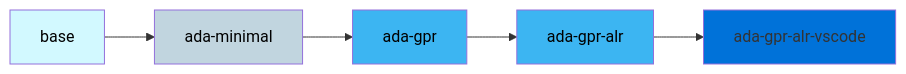
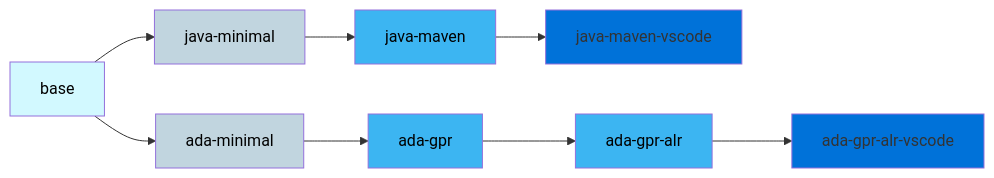
One commit to lias-laboratory/onyxia-images-dev changed the diagram in README.md. Above: the diagram before and after it, drawn with Mermaid.

````diff
--- a/README.md
+++ b/README.md
@@ -24,11 +9,19 @@
 ```mermaid
   graph LR;
+      B[base]:::base-->JAVA_MINIMAL[java-minimal]:::minimal;
+      JAVA_MINIMAL-->JAVA_MAVEN[java-maven]:::package;
+      JAVA_MAVEN--> VSCODE_MAVEN[java-maven-vscode]:::ide;
+      classDef base fill:#d2f9ff,color:#000  ;
+      classDef minimal fill:#C1D5DF,color:#000;
+      classDef package fill:#3cb5f2 ,color:#000  ;
+      classDef ide fill:#0072d9  ;
+
       B[base]:::base-->ADA_MINIMAL[ada-minimal]:::minimal;
       ADA_MINIMAL-->ADA_GPR[ada-gpr]:::package;
       ADA_GPR-->ADA_GPR_ALR[ada-gpr-alr]:::package;
       ADA_GPR_ALR--> ADA_GPR_ALR_VSCODE[ada-gpr-alr-vscode]:::ide;
       classDef base fill:#d2f9ff,color:#000  ;
       classDef minimal fill:#C1D5DF,color:#000;
       classDef package fill:#3cb5f2 ,color:#000  ;
       classDef ide fill:#0072d9  ;
 ```
````
